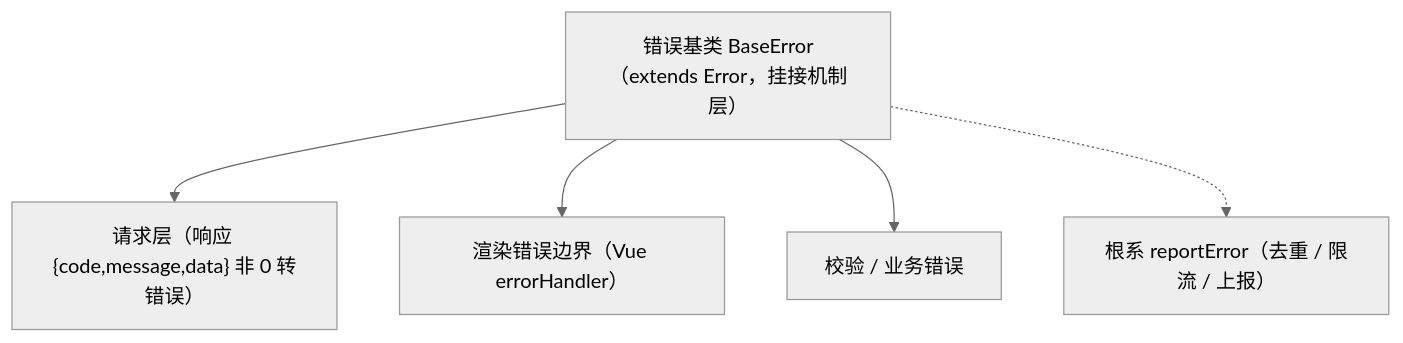
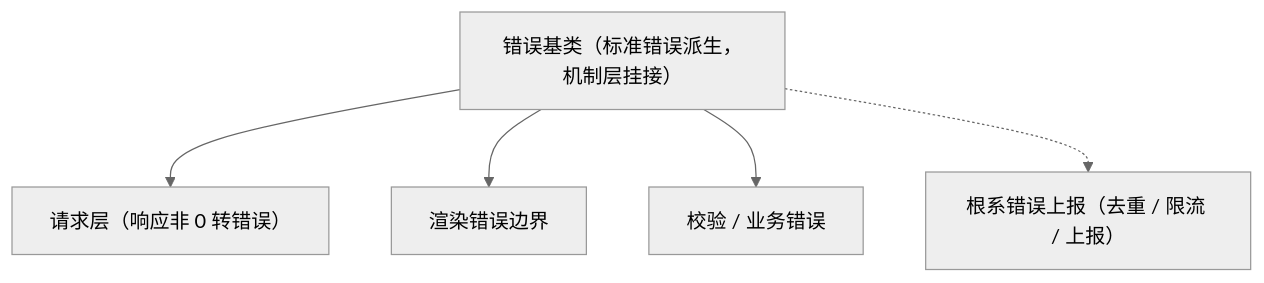
The diagram in bms文档/设计/组件设计/02_基础组件类/01_机制基类/07_组件设计_错误基类/07_组件设计_错误基类.md (minjian123/basic-management-system), drawn with Mermaid (neutral theme) before and after one commit. The commit also changed other lines of this file and 238 other files, not shown here.

````diff
--- a/bms文档/设计/组件设计/02_基础组件类/01_机制基类/07_组件设计_错误基类/07_组件设计_错误基类.md
+++ b/bms文档/设计/组件设计/02_基础组件类/01_机制基类/07_组件设计_错误基类/07_组件设计_错误基类.md
@@ -15,8 +16,8 @@
 ```mermaid
 flowchart TD
-    ERR["错误基类 BaseError（extends Error，挂接机制层）"]
-    ERR --> API["请求层（响应 {code,message,data} 非 0 转错误）"]
-    ERR --> BOUND["渲染错误边界（Vue errorHandler）"]
+    ERR["错误基类（标准错误派生，机制层挂接）"]
+    ERR --> API["请求层（响应非 0 转错误）"]
+    ERR --> BOUND["渲染错误边界"]
     ERR --> FORM["校验 / 业务错误"]
-    ERR -.-> ROOT["根系 reportError（去重 / 限流 / 上报）"]
+    ERR -.-> ROOT["根系错误上报（去重 / 限流 / 上报）"]
 ```
````
